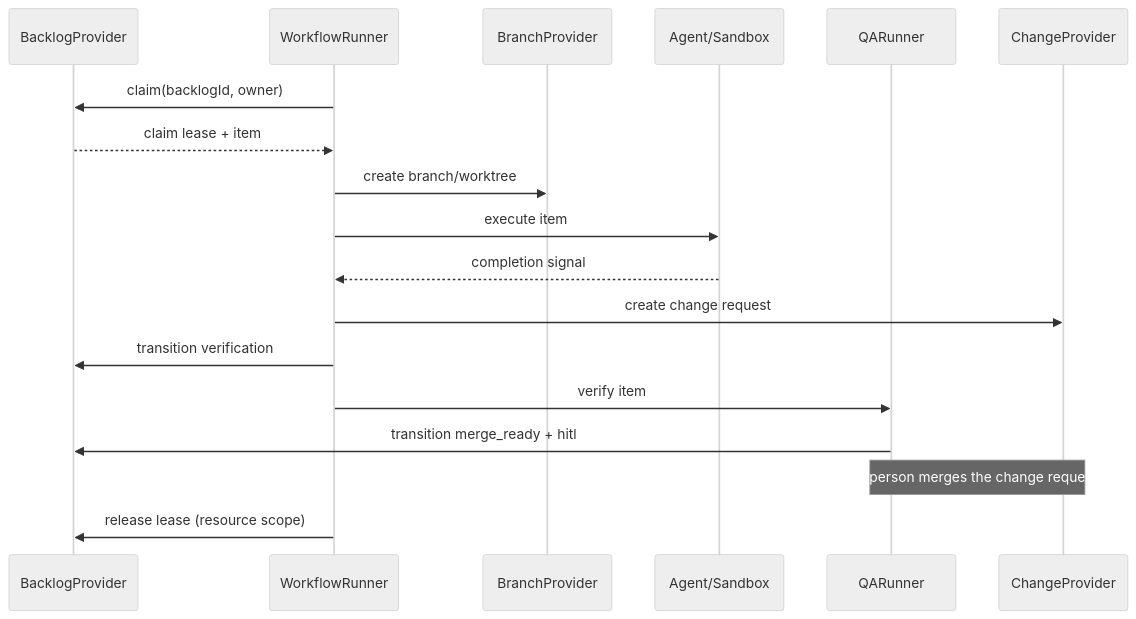
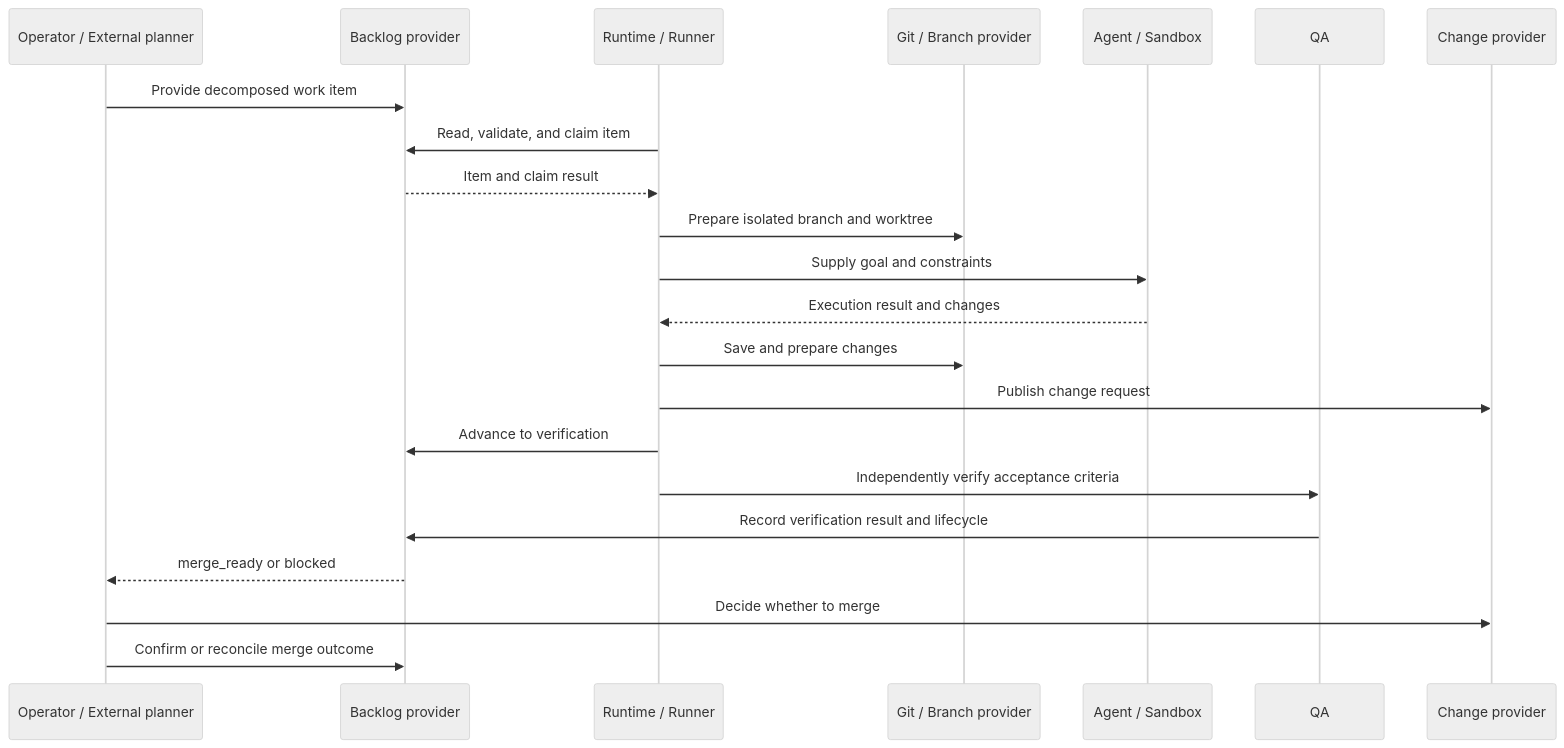
The diagram in docs/architecture/overview.md (easyhaloo/afk), drawn with Mermaid (neutral theme) before and after one commit. The commit also changed other lines of this file, not shown here.

Commit message:
docs: align English architecture overview

````diff
--- a/docs/architecture/overview.md
+++ b/docs/architecture/overview.md
@@ -748,21 +107,25 @@
 ```mermaid
 sequenceDiagram
-    participant P as BacklogProvider
-    participant R as WorkflowRunner
-    participant B as BranchProvider
-    participant A as Agent/Sandbox
-    participant Q as QARunner
-    participant C as ChangeProvider
+    participant U as Operator / External planner
+    participant P as Backlog provider
+    participant R as Runtime / Runner
+    participant G as Git / Branch provider
+    participant A as Agent / Sandbox
+    participant Q as QA
+    participant C as Change provider
 
-    R->>P: claim(backlogId, owner)
-    P-->>R: claim lease + item
-    R->>B: create branch/worktree
-    R->>A: execute item
-    A-->>R: completion signal
-    R->>C: create change request
-    R->>P: transition verification
-    R->>Q: verify item
-    Q->>P: transition merge_ready + hitl
-    Note over Q,C: a person merges the change request
-    R->>P: release lease (resource scope)
+    U->>P: Provide decomposed work item
+    R->>P: Read, validate, and claim item
+    P-->>R: Item and claim result
+    R->>G: Prepare isolated branch and worktree
+    R->>A: Supply goal and constraints
+    A-->>R: Execution result and changes
+    R->>G: Save and prepare changes
+    R->>C: Publish change request
+    R->>P: Advance to verification
+    R->>Q: Independently verify acceptance criteria
+    Q->>P: Record verification result and lifecycle
+    P-->>U: merge_ready or blocked
+    U->>C: Decide whether to merge
+    U->>P: Confirm or reconcile merge outcome
 ```
````
